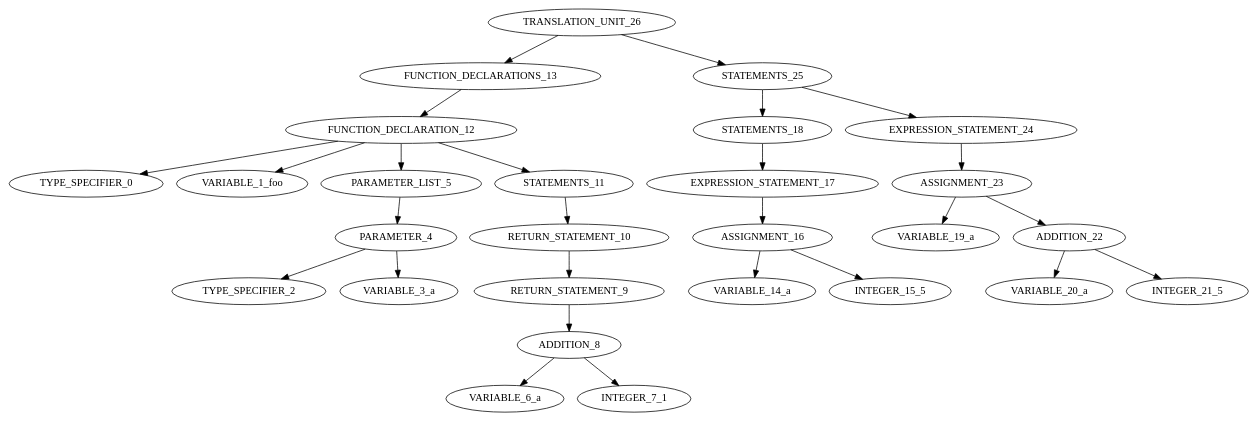
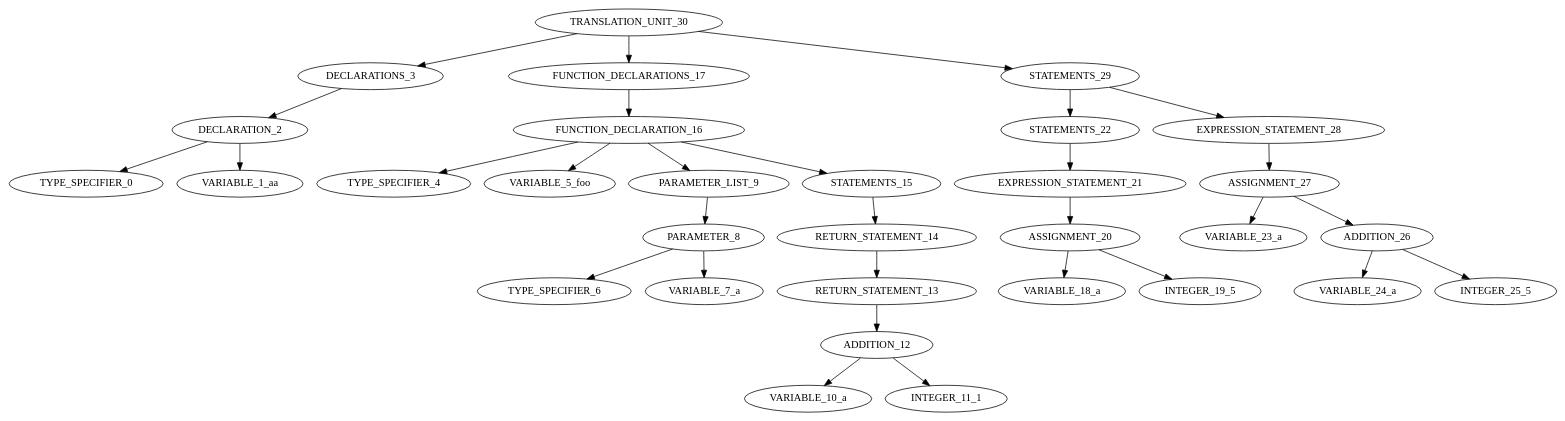
The diagram in StartUpFlexBison2024/graph.dot (dhmhgreCompilers1/StartUpFlexBison2024), drawn with Graphviz before and after one commit. The commit also changed 10 other files, not shown here.

Commit message:
Implement insert for variable declarations in SymbolTable

```diff
--- a/StartUpFlexBison2024/graph.dot
+++ b/StartUpFlexBison2024/graph.dot
@@ -1,28 +1,32 @@
 digraph G{
-"TRANSLATION_UNIT_26" -> "FUNCTION_DECLARATIONS_13"
-"FUNCTION_DECLARATIONS_13" -> "FUNCTION_DECLARATION_12"
-"FUNCTION_DECLARATION_12" -> "TYPE_SPECIFIER_0"
-"FUNCTION_DECLARATION_12" -> "VARIABLE_1_foo"
-"FUNCTION_DECLARATION_12" -> "PARAMETER_LIST_5"
-"PARAMETER_LIST_5" -> "PARAMETER_4"
-"PARAMETER_4" -> "TYPE_SPECIFIER_2"
-"PARAMETER_4" -> "VARIABLE_3_a"
-"FUNCTION_DECLARATION_12" -> "STATEMENTS_11"
-"STATEMENTS_11" -> "RETURN_STATEMENT_10"
-"RETURN_STATEMENT_10" -> "RETURN_STATEMENT_9"
-"RETURN_STATEMENT_9" -> "ADDITION_8"
-"ADDITION_8" -> "VARIABLE_6_a"
-"ADDITION_8" -> "INTEGER_7_1"
-"TRANSLATION_UNIT_26" -> "STATEMENTS_25"
-"STATEMENTS_25" -> "STATEMENTS_18"
-"STATEMENTS_18" -> "EXPRESSION_STATEMENT_17"
-"EXPRESSION_STATEMENT_17" -> "ASSIGNMENT_16"
-"ASSIGNMENT_16" -> "VARIABLE_14_a"
-"ASSIGNMENT_16" -> "INTEGER_15_5"
-"STATEMENTS_25" -> "EXPRESSION_STATEMENT_24"
-"EXPRESSION_STATEMENT_24" -> "ASSIGNMENT_23"
-"ASSIGNMENT_23" -> "VARIABLE_19_a"
-"ASSIGNMENT_23" -> "ADDITION_22"
-"ADDITION_22" -> "VARIABLE_20_a"
-"ADDITION_22" -> "INTEGER_21_5"
+"TRANSLATION_UNIT_30" -> "DECLARATIONS_3"
+"DECLARATIONS_3" -> "DECLARATION_2"
+"DECLARATION_2" -> "TYPE_SPECIFIER_0"
+"DECLARATION_2" -> "VARIABLE_1_aa"
+"TRANSLATION_UNIT_30" -> "FUNCTION_DECLARATIONS_17"
+"FUNCTION_DECLARATIONS_17" -> "FUNCTION_DECLARATION_16"
+"FUNCTION_DECLARATION_16" -> "TYPE_SPECIFIER_4"
+"FUNCTION_DECLARATION_16" -> "VARIABLE_5_foo"
+"FUNCTION_DECLARATION_16" -> "PARAMETER_LIST_9"
+"PARAMETER_LIST_9" -> "PARAMETER_8"
+"PARAMETER_8" -> "TYPE_SPECIFIER_6"
+"PARAMETER_8" -> "VARIABLE_7_a"
+"FUNCTION_DECLARATION_16" -> "STATEMENTS_15"
+"STATEMENTS_15" -> "RETURN_STATEMENT_14"
+"RETURN_STATEMENT_14" -> "RETURN_STATEMENT_13"
+"RETURN_STATEMENT_13" -> "ADDITION_12"
+"ADDITION_12" -> "VARIABLE_10_a"
+"ADDITION_12" -> "INTEGER_11_1"
+"TRANSLATION_UNIT_30" -> "STATEMENTS_29"
+"STATEMENTS_29" -> "STATEMENTS_22"
+"STATEMENTS_22" -> "EXPRESSION_STATEMENT_21"
+"EXPRESSION_STATEMENT_21" -> "ASSIGNMENT_20"
+"ASSIGNMENT_20" -> "VARIABLE_18_a"
+"ASSIGNMENT_20" -> "INTEGER_19_5"
+"STATEMENTS_29" -> "EXPRESSION_STATEMENT_28"
+"EXPRESSION_STATEMENT_28" -> "ASSIGNMENT_27"
+"ASSIGNMENT_27" -> "VARIABLE_23_a"
+"ASSIGNMENT_27" -> "ADDITION_26"
+"ADDITION_26" -> "VARIABLE_24_a"
+"ADDITION_26" -> "INTEGER_25_5"
 }
```
